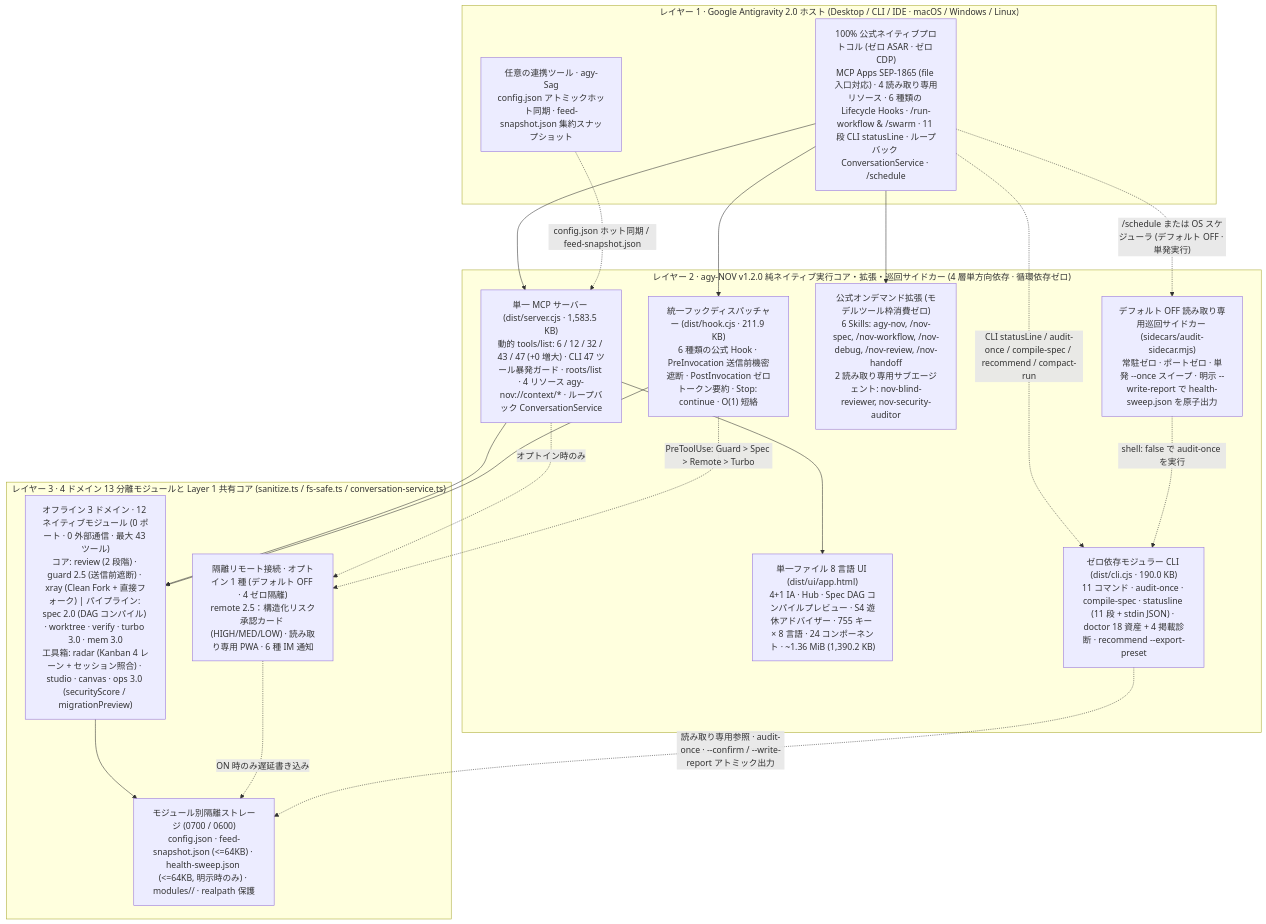
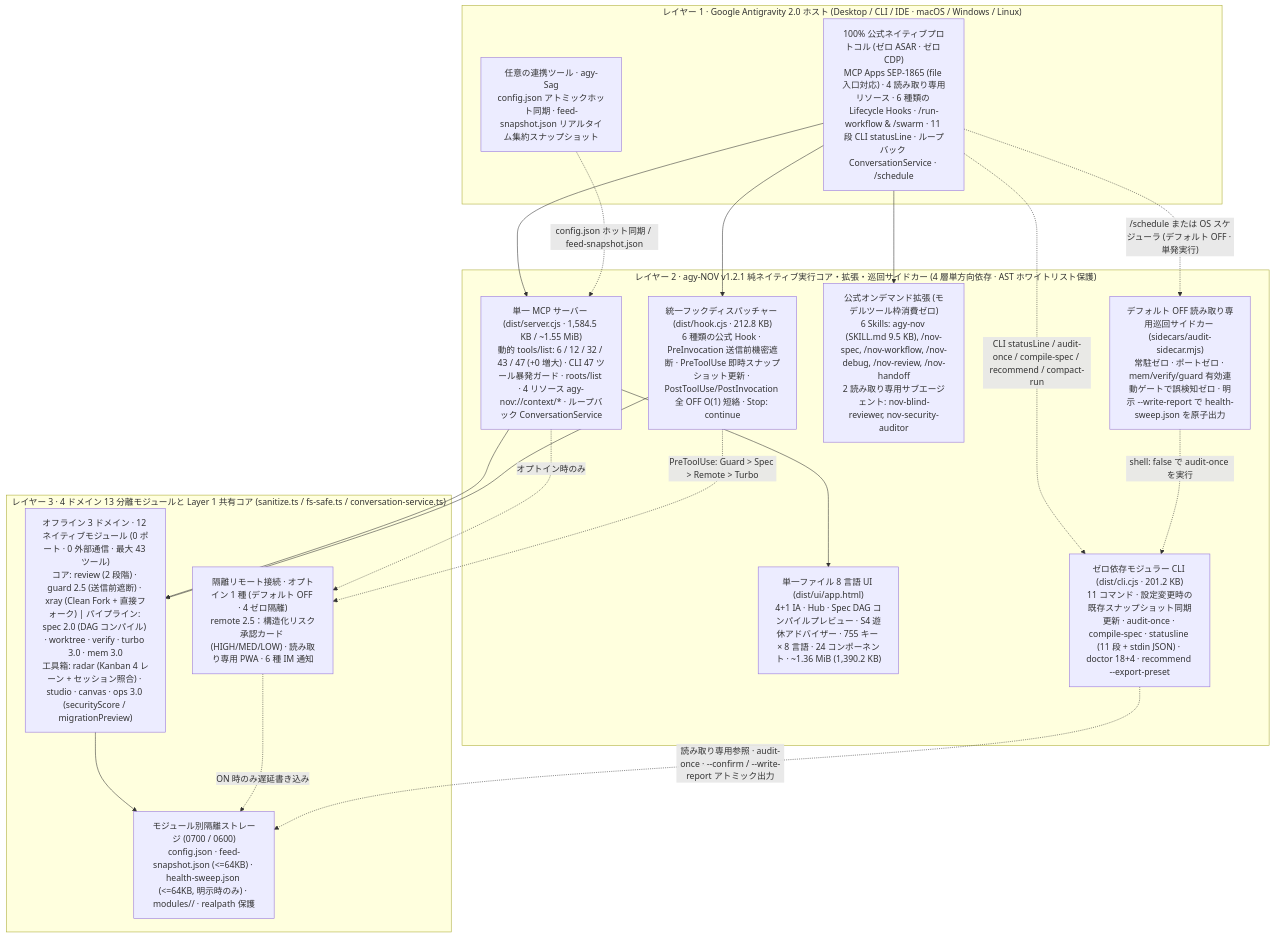
Before and after one commit to tone-leh/agy-NOV: the diagram in docs/i18n/README.ja.md, drawn with Mermaid. The commit also changed other lines of this file and 34 other files, not shown here.

Commit message:
fix(v1.2.1): dual-star feed consistency, disabled-module write gates, sidecar toggles & SKILL slimming

````diff
--- a/docs/i18n/README.ja.md
+++ b/docs/i18n/README.ja.md
@@ -260,38 +268,38 @@
 ```mermaid
 flowchart TB
   subgraph L1["レイヤー 1 · Google Antigravity 2.0 ホスト (Desktop / CLI / IDE · macOS / Windows / Linux)"]
     Host["100% 公式ネイティブプロトコル (ゼロ ASAR · ゼロ CDP)\nMCP Apps SEP-1865 (file 入口対応) · 4 読み取り専用リソース · 6 種類の Lifecycle Hooks · /run-workflow & /swarm · 11 段 CLI statusLine · ループバック ConversationService · /schedule"]
-    Sag["任意の連携ツール · agy-Sag\nconfig.json アトミックホット同期 · feed-snapshot.json 集約スナップショット"]
+    Sag["任意の連携ツール · agy-Sag\nconfig.json アトミックホット同期 · feed-snapshot.json リアルタイム集約スナップショット"]
   end
 
-  subgraph L2["レイヤー 2 · agy-NOV v1.2.0 純ネイティブ実行コア・拡張・巡回サイドカー (4 層単方向依存 · 循環依存ゼロ)"]
-    MCP["単一 MCP サーバー (dist/server.cjs · 1,583.5 KB)\n動的 tools/list: 6 / 12 / 32 / 43 / 47 (+0 増大) · CLI 47 ツール暴発ガード · roots/list · 4 リソース agy-nov://context/* · ループバック ConversationService"]
-    Hook["統一フックディスパッチャー (dist/hook.cjs · 211.9 KB)\n6 種類の公式 Hook · PreInvocation 送信前機密遮断 · PostInvocation ゼロトークン要約 · Stop: continue · O(1) 短絡"]
+  subgraph L2["レイヤー 2 · agy-NOV v1.2.1 純ネイティブ実行コア・拡張・巡回サイドカー (4 層単方向依存 · AST ホワイトリスト保護)"]
+    MCP["単一 MCP サーバー (dist/server.cjs · 1,584.5 KB / ~1.55 MiB)\n動的 tools/list: 6 / 12 / 32 / 43 / 47 (+0 増大) · CLI 47 ツール暴発ガード · roots/list · 4 リソース agy-nov://context/* · ループバック ConversationService"]
+    Hook["統一フックディスパッチャー (dist/hook.cjs · 212.8 KB)\n6 種類の公式 Hook · PreInvocation 送信前機密遮断 · PreToolUse 即時スナップショット更新 · PostToolUse/PostInvocation 全 OFF O(1) 短絡 · Stop: continue"]
     UI["単一ファイル 8 言語 UI (dist/ui/app.html)\n4+1 IA · Hub · Spec DAG コンパイルプレビュー · S4 遊休アドバイザー · 755 キー × 8 言語 · 24 コンポーネント · ~1.36 MiB (1,390.2 KB)"]
-    Ext["公式オンデマンド拡張 (モデルツール枠消費ゼロ)\n6 Skills: agy-nov, /nov-spec, /nov-workflow, /nov-debug, /nov-review, /nov-handoff\n2 読み取り専用サブエージェント: nov-blind-reviewer, nov-security-auditor"]
-    CLI["ゼロ依存モジュラー CLI (dist/cli.cjs · 190.0 KB)\n11 コマンド · audit-once · compile-spec · statusline (11 段 + stdin JSON) · doctor 18 資産 + 4 掲載診断 · recommend --export-preset"]
-    Sidecar["デフォルト OFF 読み取り専用巡回サイドカー (sidecars/audit-sidecar.mjs)\n常駐ゼロ · ポートゼロ · 単発 --once スイープ · 明示 --write-report で health-sweep.json を原子出力"]
+    Ext["公式オンデマンド拡張 (モデルツール枠消費ゼロ)\n6 Skills: agy-nov (SKILL.md 9.5 KB), /nov-spec, /nov-workflow, /nov-debug, /nov-review, /nov-handoff\n2 読み取り専用サブエージェント: nov-blind-reviewer, nov-security-auditor"]
+    CLI["ゼロ依存モジュラー CLI (dist/cli.cjs · 201.2 KB)\n11 コマンド · 設定変更時の既存スナップショット同期更新 · audit-once · compile-spec · statusline (11 段 + stdin JSON) · doctor 18+4 · recommend --export-preset"]
+    Sidecar["デフォルト OFF 読み取り専用巡回サイドカー (sidecars/audit-sidecar.mjs)\n常駐ゼロ · ポートゼロ · mem/verify/guard 有効連動ゲートで誤検知ゼロ · 明示 --write-report で health-sweep.json を原子出力"]
   end
 
   subgraph L3["レイヤー 3 · 4 ドメイン 13 分離モジュールと Layer 1 共有コア (sanitize.ts / fs-safe.ts / conversation-service.ts)"]
     T1["オフライン 3 ドメイン · 12 ネイティブモジュール (0 ポート · 0 外部通信 · 最大 43 ツール)\nコア: review (2 段階) · guard 2.5 (送信前遮断) · xray (Clean Fork + 直接フォーク) | パイプライン: spec 2.0 (DAG コンパイル) · worktree · verify · turbo 3.0 · mem 3.0\n工具箱: radar (Kanban 4 レーン + セッション照合) · studio · canvas · ops 3.0 (securityScore / migrationPreview)"]
     T2R["隔離リモート接続 · オプトイン 1 種 (デフォルト OFF · 4 ゼロ隔離)\nremote 2.5：構造化リスク承認カード (HIGH/MED/LOW) · 読み取り専用 PWA · 6 種 IM 通知"]
     Store["モジュール別隔離ストレージ (0700 / 0600)\nconfig.json · feed-snapshot.json (<=64KB) · health-sweep.json (<=64KB, 明示時のみ) · modules/<id>/ · realpath 保護"]
   end
 
   Host --> MCP
   Host --> Hook
   Host --> Ext
   Host -. "CLI statusLine / audit-once / compile-spec / recommend / compact-run" .-> CLI
   Host -. "/schedule または OS スケジューラ (デフォルト OFF · 単発実行)" .-> Sidecar
   Sidecar -. "shell: false で audit-once を実行" .-> CLI
   Sag -. "config.json ホット同期 / feed-snapshot.json" .-> MCP
   MCP --> UI
   MCP --> T1
   MCP -. "オプトイン時のみ" .-> T2R
   Hook --> T1
   Hook -. "PreToolUse: Guard > Spec > Remote > Turbo" .-> T2R
   T1 --> Store
   T2R -. "ON 時のみ遅延書き込み" .-> Store
   CLI -. "読み取り専用参照 · audit-once · --confirm / --write-report アトミック出力" .-> Store
 ```
````
